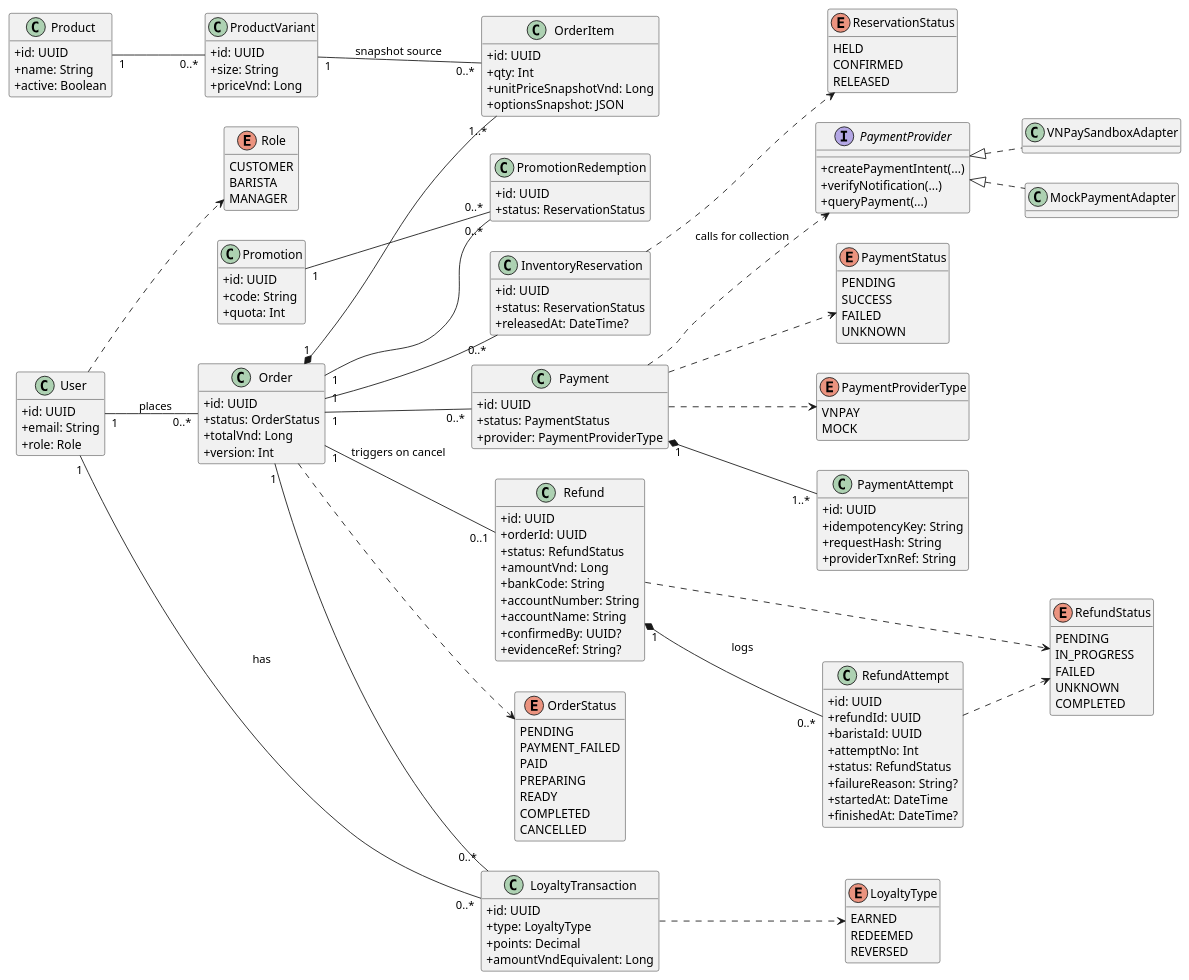
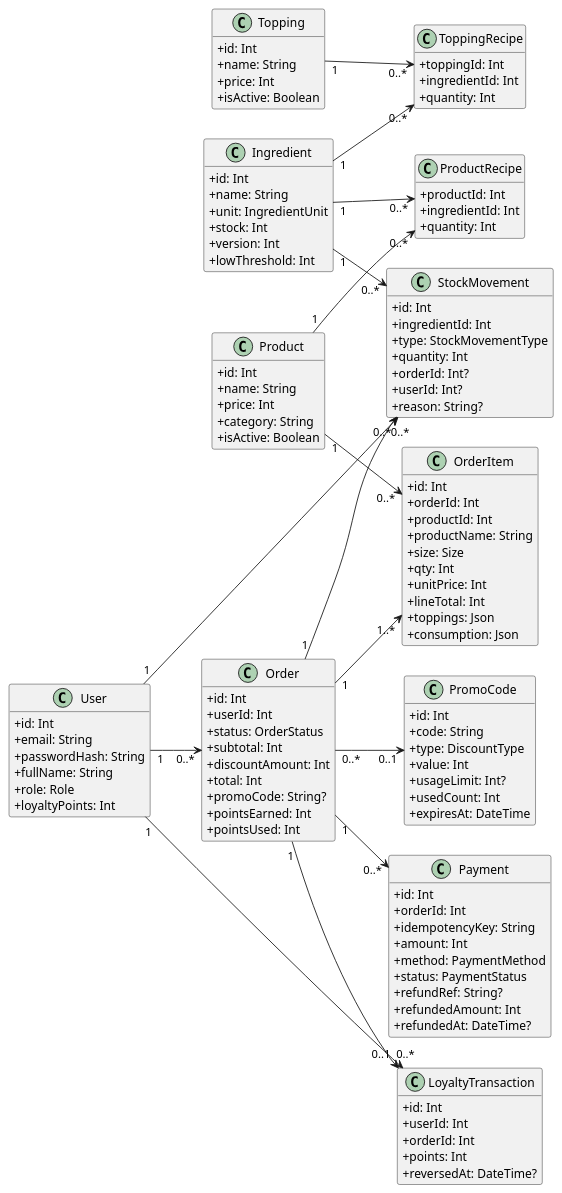
One commit to Thaitruong26/Brewlite-A2 changed the diagram in docs/diagrams/class-domain.puml. Above: the diagram before and after it, drawn with PlantUML. The commit also changed 5 other files, not shown here.

Commit message:
docs(diagrams): align activity, sequence, and class diagrams with A2 codebase and report

```diff
--- a/docs/diagrams/class-domain.puml
+++ b/docs/diagrams/class-domain.puml
@@ -1,161 +1,130 @@
 @startuml
 skinparam classAttributeIconSize 0
 hide empty methods
 left to right direction
 
 class User {
-  +id: UUID
+  +id: Int
   +email: String
+  +passwordHash: String
+  +fullName: String
   +role: Role
-}
-class Product {
-  +id: UUID
-  +name: String
-  +active: Boolean
-}
-class ProductVariant {
-  +id: UUID
-  +size: String
-  +priceVnd: Long
-}
-class Order {
-  +id: UUID
-  +status: OrderStatus
-  +totalVnd: Long
-  +version: Int
-}
-class OrderItem {
-  +id: UUID
-  +qty: Int
-  +unitPriceSnapshotVnd: Long
-  +optionsSnapshot: JSON
-}
-class Payment {
-  +id: UUID
-  +status: PaymentStatus
-  +provider: PaymentProviderType
-}
-class PaymentAttempt {
-  +id: UUID
-  +idempotencyKey: String
-  +requestHash: String
-  +providerTxnRef: String
-}
-class Refund {
-  +id: UUID
-  +orderId: UUID
-  +status: RefundStatus
-  +amountVnd: Long
-  +bankCode: String
-  +accountNumber: String
-  +accountName: String
-  +confirmedBy: UUID?
-  +evidenceRef: String?
-}
-class RefundAttempt {
-  +id: UUID
-  +refundId: UUID
-  +baristaId: UUID
-  +attemptNo: Int
-  +status: RefundStatus
-  +failureReason: String?
-  +startedAt: DateTime
-  +finishedAt: DateTime?
-}
-class Promotion {
-  +id: UUID
-  +code: String
-  +quota: Int
-}
-class PromotionRedemption {
-  +id: UUID
-  +status: ReservationStatus
-}
-class LoyaltyTransaction {
-  +id: UUID
-  +type: LoyaltyType
-  +points: Decimal
-  +amountVndEquivalent: Long
-}
-class InventoryReservation {
-  +id: UUID
-  +status: ReservationStatus
-  +releasedAt: DateTime?
-}
-interface PaymentProvider {
-  +createPaymentIntent(...)
-  +verifyNotification(...)
-  +queryPayment(...)
-}
-class VNPaySandboxAdapter
-class MockPaymentAdapter
-
-PaymentProvider <|.. VNPaySandboxAdapter
-PaymentProvider <|.. MockPaymentAdapter
-
-User "1" -- "0..*" Order : places
-User "1" -- "0..*" LoyaltyTransaction : has
-Product "1" -- "0..*" ProductVariant
-Order "1" *-- "1..*" OrderItem
-ProductVariant "1" -- "0..*" OrderItem : snapshot source
-Order "1" -- "0..*" Payment
-Payment "1" *-- "1..*" PaymentAttempt
-Order "1" -- "0..1" Refund : triggers on cancel
-Refund "1" *-- "0..*" RefundAttempt : logs
-Order "1" -- "0..*" InventoryReservation
-Promotion "1" -- "0..*" PromotionRedemption
-Order "1" -- "0..*" PromotionRedemption
-Order "1" -- "0..*" LoyaltyTransaction
-Payment ..> PaymentProvider : calls for collection
-
-enum OrderStatus {
-  PENDING
-  PAYMENT_FAILED
-  PAID
-  PREPARING
-  READY
-  COMPLETED
-  CANCELLED
-}
-enum PaymentStatus {
-  PENDING
-  SUCCESS
-  FAILED
-  UNKNOWN
-}
-enum RefundStatus {
-  PENDING
-  IN_PROGRESS
-  FAILED
-  UNKNOWN
-  COMPLETED
-}
-enum LoyaltyType {
-  EARNED
-  REDEEMED
-  REVERSED
-}
-enum ReservationStatus {
-  HELD
-  CONFIRMED
-  RELEASED
-}
-enum Role {
-  CUSTOMER
-  BARISTA
-  MANAGER
-}
-enum PaymentProviderType {
-  VNPAY
-  MOCK
+  +loyaltyPoints: Int
 }
 
-Order ..> OrderStatus
-Payment ..> PaymentStatus
-Refund ..> RefundStatus
-RefundAttempt ..> RefundStatus
-LoyaltyTransaction ..> LoyaltyType
-InventoryReservation ..> ReservationStatus
-User ..> Role
-Payment ..> PaymentProviderType
+class Product {
+  +id: Int
+  +name: String
+  +price: Int
+  +category: String
+  +isActive: Boolean
+}
+
+class Topping {
+  +id: Int
+  +name: String
+  +price: Int
+  +isActive: Boolean
+}
+
+class Order {
+  +id: Int
+  +userId: Int
+  +status: OrderStatus
+  +subtotal: Int
+  +discountAmount: Int
+  +total: Int
+  +promoCode: String?
+  +pointsEarned: Int
+  +pointsUsed: Int
+}
+
+class OrderItem {
+  +id: Int
+  +orderId: Int
+  +productId: Int
+  +productName: String
+  +size: Size
+  +qty: Int
+  +unitPrice: Int
+  +lineTotal: Int
+  +toppings: Json
+  +consumption: Json
+}
+
+class Payment {
+  +id: Int
+  +orderId: Int
+  +idempotencyKey: String
+  +amount: Int
+  +method: PaymentMethod
+  +status: PaymentStatus
+  +refundRef: String?
+  +refundedAmount: Int
+  +refundedAt: DateTime?
+}
+
+class PromoCode {
+  +id: Int
+  +code: String
+  +type: DiscountType
+  +value: Int
+  +usageLimit: Int?
+  +usedCount: Int
+  +expiresAt: DateTime
+}
+
+class LoyaltyTransaction {
+  +id: Int
+  +userId: Int
+  +orderId: Int
+  +points: Int
+  +reversedAt: DateTime?
+}
+
+class Ingredient {
+  +id: Int
+  +name: String
+  +unit: IngredientUnit
+  +stock: Int
+  +version: Int
+  +lowThreshold: Int
+}
+
+class ProductRecipe {
+  +productId: Int
+  +ingredientId: Int
+  +quantity: Int
+}
+
+class ToppingRecipe {
+  +toppingId: Int
+  +ingredientId: Int
+  +quantity: Int
+}
+
+class StockMovement {
+  +id: Int
+  +ingredientId: Int
+  +type: StockMovementType
+  +quantity: Int
+  +orderId: Int?
+  +userId: Int?
+  +reason: String?
+}
+
+User "1" --> "0..*" Order
+User "1" --> "0..*" LoyaltyTransaction
+User "1" --> "0..*" StockMovement
+Order "1" --> "1..*" OrderItem
+Order "1" --> "0..*" Payment
+Order "0..*" --> "0..1" PromoCode
+Order "1" --> "0..1" LoyaltyTransaction
+Order "1" --> "0..*" StockMovement
+Product "1" --> "0..*" OrderItem
+Product "1" --> "0..*" ProductRecipe
+Topping "1" --> "0..*" ToppingRecipe
+Ingredient "1" --> "0..*" ProductRecipe
+Ingredient "1" --> "0..*" ToppingRecipe
+Ingredient "1" --> "0..*" StockMovement
 @enduml
```
